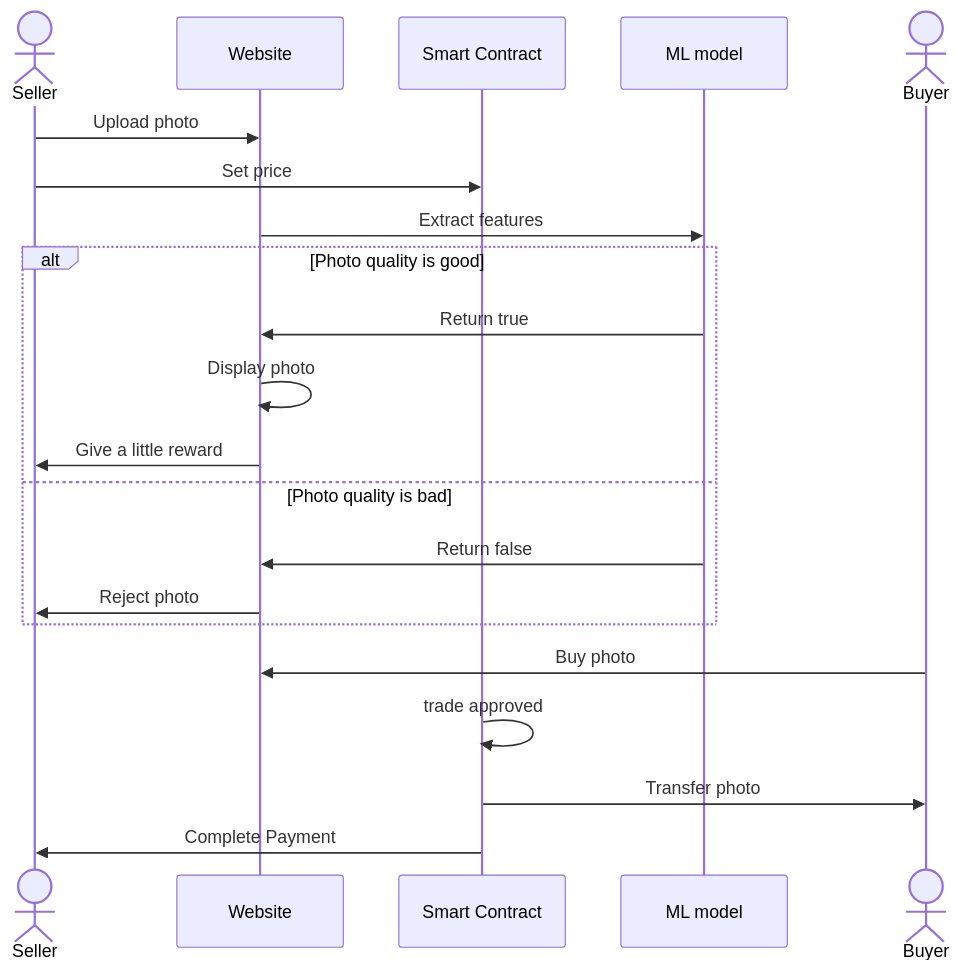
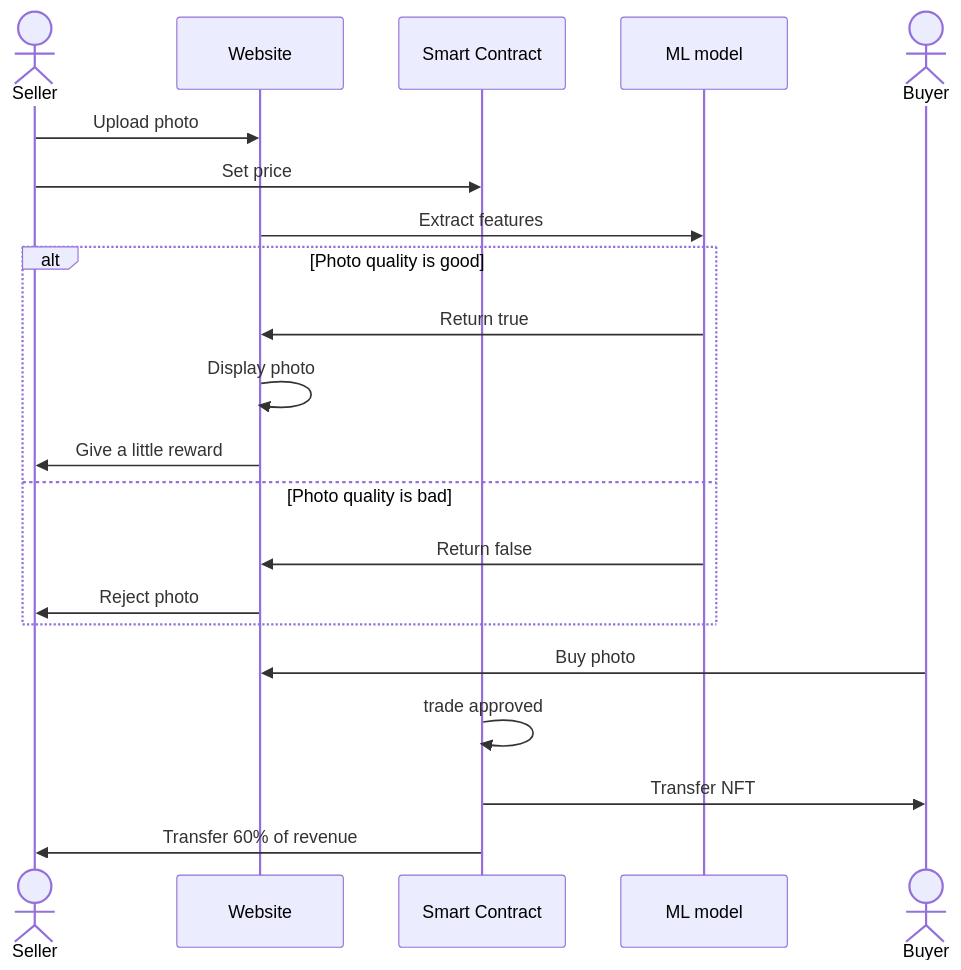
Before and after one commit to AI-and-Blockchain/S24_The_World: the diagram in README.md, drawn with Mermaid.

Commit message:
Update photo transfer process

````diff
--- a/README.md
+++ b/README.md
@@ -42,24 +42,24 @@
 ```mermaid
 sequenceDiagram
     actor S as Seller
     participant W as Website
     participant contract as Smart Contract
     participant ML as ML model
     actor B as Buyer
 
     S->>W: Upload photo
     S->>contract: Set price
     W->>ML: Extract features
     alt Photo quality is good
         ML->>W: Return true
         W->>W: Display photo
         W->>S: Give a little reward
     else Photo quality is bad
         ML->>W: Return false
         W->>S: Reject photo
     end
     B->>W: Buy photo
     contract->>contract: trade approved
-    contract->>B: Transfer photo
-    contract->>S: Complete Payment
+    contract->>B: Transfer NFT
+    contract->>S: Transfer 60% of revenue
 ```
````
